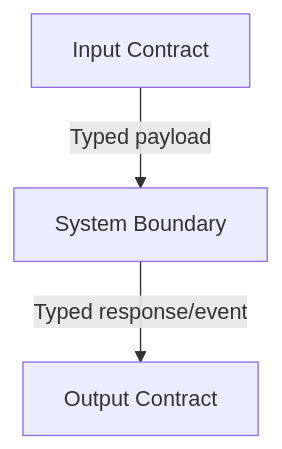
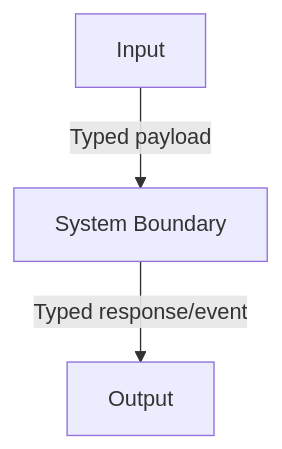
The diagram in old_skills/new-plan/templates/plan-template.md (lewibs/dark-factory), drawn with Mermaid before and after one commit. The commit also changed other lines of this file and 14 other files, not shown here.

````diff
--- a/old_skills/new-plan/templates/plan-template.md
+++ b/old_skills/new-plan/templates/plan-template.md
@@ -37,5 +17,5 @@
 ```mermaid
 flowchart TD
-  In[Input Contract] -->|Typed payload| Box[System Boundary]
-  Box -->|Typed response/event| Out[Output Contract]
+  In[Input] -->|Typed payload| Box[System Boundary]
+  Box -->|Typed response/event| Out[Output]
 ```
````
